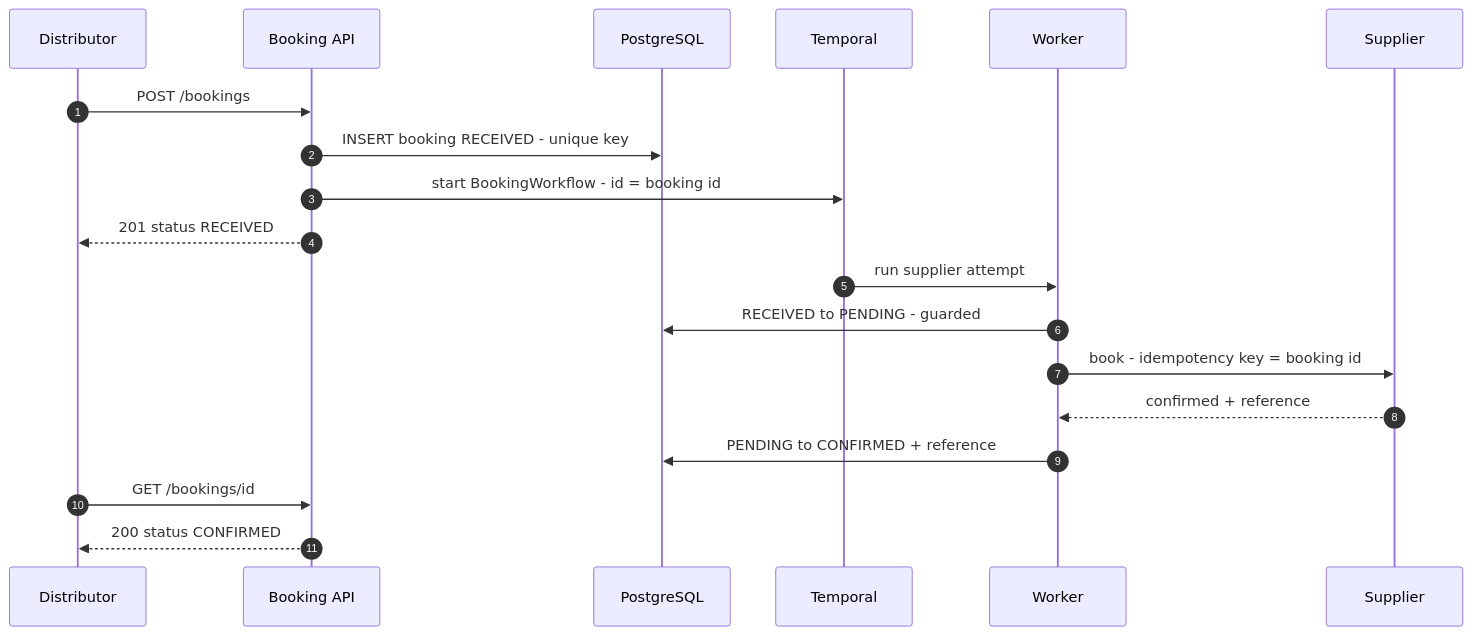
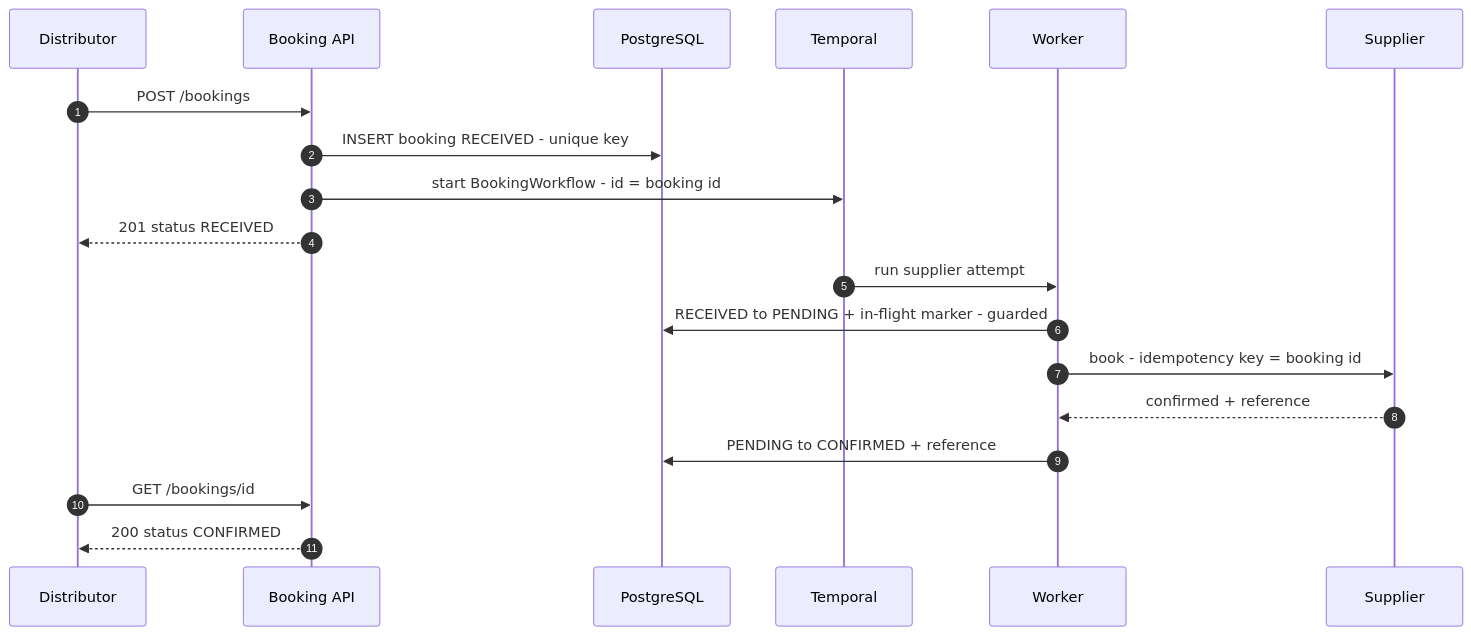
One commit to ridwanakf/booking-orchestration-service changed the fifth of 6 diagrams in docs/RFC.md. Above: the diagram before and after it, drawn with Mermaid. The commit also changed other lines of this file, not shown here.

````diff
--- a/docs/RFC.md
+++ b/docs/RFC.md
@@ -330,21 +544,21 @@
 ```mermaid
 sequenceDiagram
     autonumber
     participant D as Distributor
     participant A as Booking API
     participant P as PostgreSQL
     participant T as Temporal
     participant W as Worker
     participant S as Supplier
     D->>A: POST /bookings
     A->>P: INSERT booking RECEIVED - unique key
     A->>T: start BookingWorkflow - id = booking id
     A-->>D: 201 status RECEIVED
     T->>W: run supplier attempt
-    W->>P: RECEIVED to PENDING - guarded
+    W->>P: RECEIVED to PENDING + in-flight marker - guarded
     W->>S: book - idempotency key = booking id
     S-->>W: confirmed + reference
     W->>P: PENDING to CONFIRMED + reference
     D->>A: GET /bookings/id
     A-->>D: 200 status CONFIRMED
 ```
````
